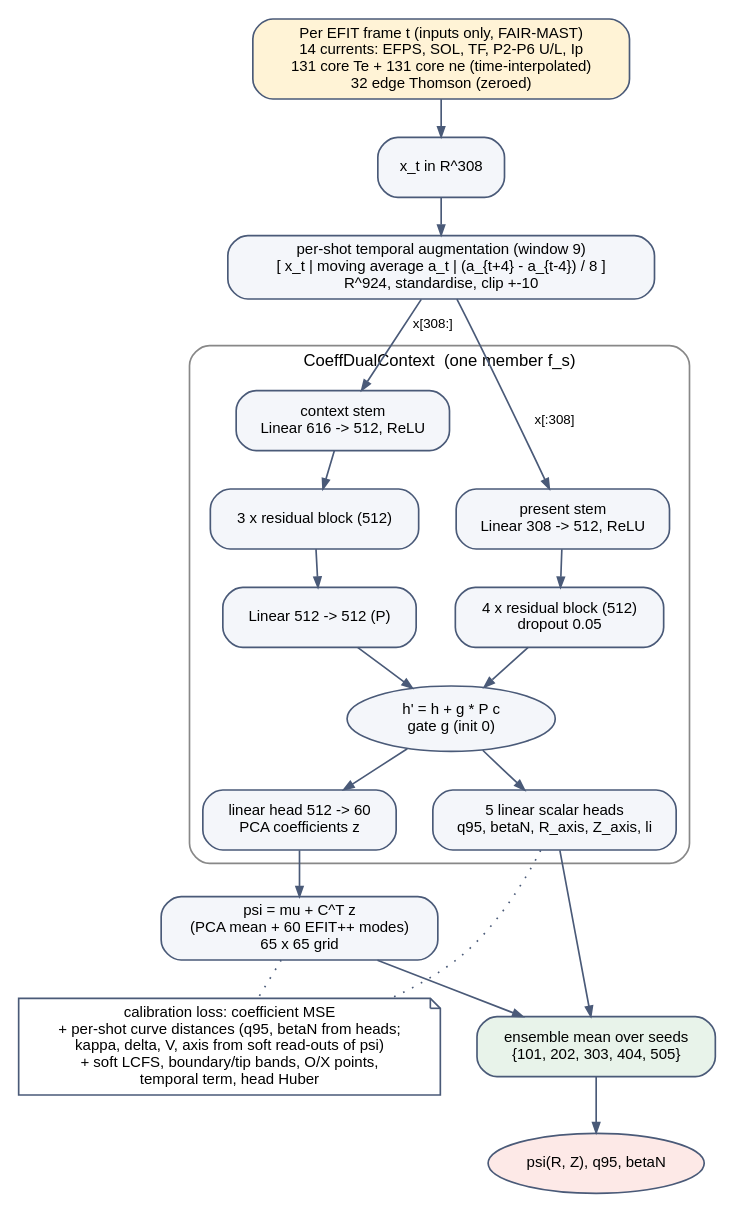
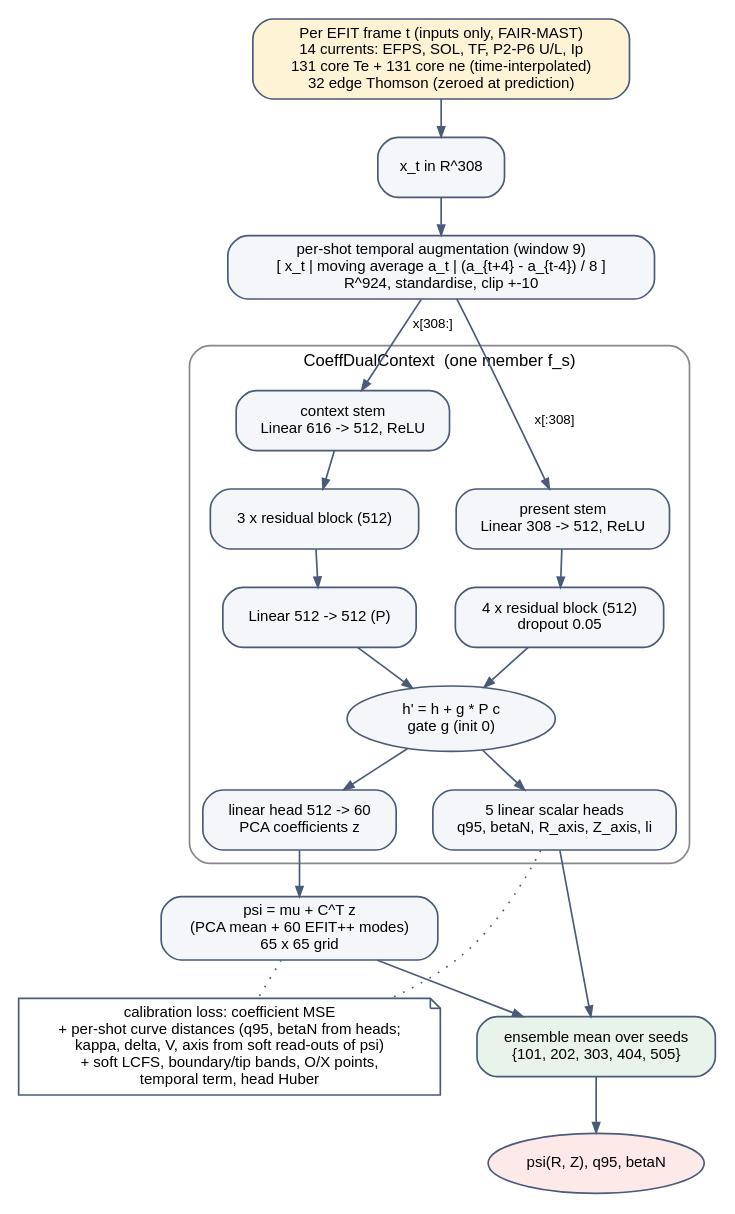
One commit to catskillsresearch/mast-flux-imputation changed the diagram in paper/figures/src/model_arch.dot. Above: the diagram before and after it, drawn with Graphviz. The commit also changed 29 other files, not shown here.

Commit message:
Viewer shows ground truth vs model only; model features read no template tables; feature-identity check; docstring cleanup; edge-Thomson description

```diff
--- a/paper/figures/src/model_arch.dot
+++ b/paper/figures/src/model_arch.dot
@@ -1,31 +1,31 @@
 digraph model {
   graph [rankdir=TB, fontname="Helvetica", fontsize=10, nodesep=0.3, ranksep=0.3];
   node  [shape=box, style="rounded,filled", fillcolor="#f4f6fa", color="#4a5a78", fontname="Helvetica", fontsize=9];
   edge  [color="#4a5a78", arrowsize=0.6, fontname="Helvetica", fontsize=8];
 
-  inp  [label="Per EFIT frame t (inputs only, FAIR-MAST)\n14 currents: EFPS, SOL, TF, P2-P6 U/L, Ip\n131 core Te + 131 core ne (time-interpolated)\n32 edge Thomson (zeroed)", fillcolor="#fff3d6"];
+  inp  [label="Per EFIT frame t (inputs only, FAIR-MAST)\n14 currents: EFPS, SOL, TF, P2-P6 U/L, Ip\n131 core Te + 131 core ne (time-interpolated)\n32 edge Thomson (zeroed at prediction)", fillcolor="#fff3d6"];
   x    [label="x_t in R^308"];
   aug  [label="per-shot temporal augmentation (window 9)\n[ x_t | moving average a_t | (a_{t+4} - a_{t-4}) / 8 ]\nR^924, standardise, clip +-10"];
   subgraph cluster_net { label="CoeffDualContext  (one member f_s)"; style="rounded"; color="#888888";
     pst  [label="present stem\nLinear 308 -> 512, ReLU"];
     pb   [label="4 x residual block (512)\ndropout 0.05"];
     cst  [label="context stem\nLinear 616 -> 512, ReLU"];
     cb   [label="3 x residual block (512)"];
     proj [label="Linear 512 -> 512 (P)"];
     gate [label="h' = h + g * P c\ngate g (init 0)", shape=ellipse];
     head [label="linear head 512 -> 60\nPCA coefficients z"];
     sh   [label="5 linear scalar heads\nq95, betaN, R_axis, Z_axis, li"];
   }
   rec  [label="psi = mu + C^T z\n(PCA mean + 60 EFIT++ modes)\n65 x 65 grid"];
   ens  [label="ensemble mean over seeds\n{101, 202, 303, 404, 505}", fillcolor="#e8f3ea"];
   out  [label="psi(R, Z), q95, betaN", shape=ellipse, fillcolor="#fde9e7"];
   loss [label="calibration loss: coefficient MSE\n+ per-shot curve distances (q95, betaN from heads;\nkappa, delta, V, axis from soft read-outs of psi)\n+ soft LCFS, boundary/tip bands, O/X points,\ntemporal term, head Huber", shape=note, fillcolor="#ffffff"];
 
   inp -> x -> aug;
   aug -> pst [label="x[:308]"]; pst -> pb -> gate;
   aug -> cst [label="x[308:]"]; cst -> cb -> proj -> gate;
   gate -> head -> rec -> ens -> out;
   gate -> sh -> ens;
   rec -> loss [style=dotted, arrowhead=none];
   sh -> loss [style=dotted, arrowhead=none];
 }
```
